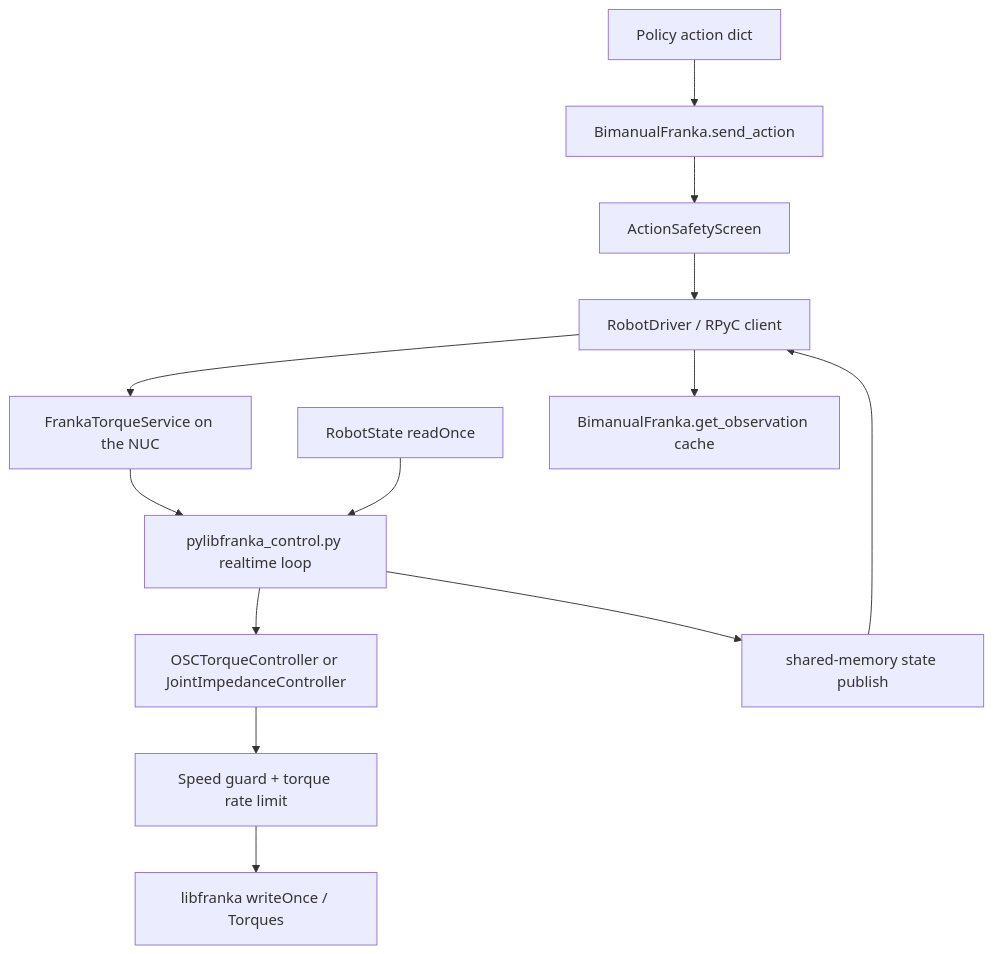
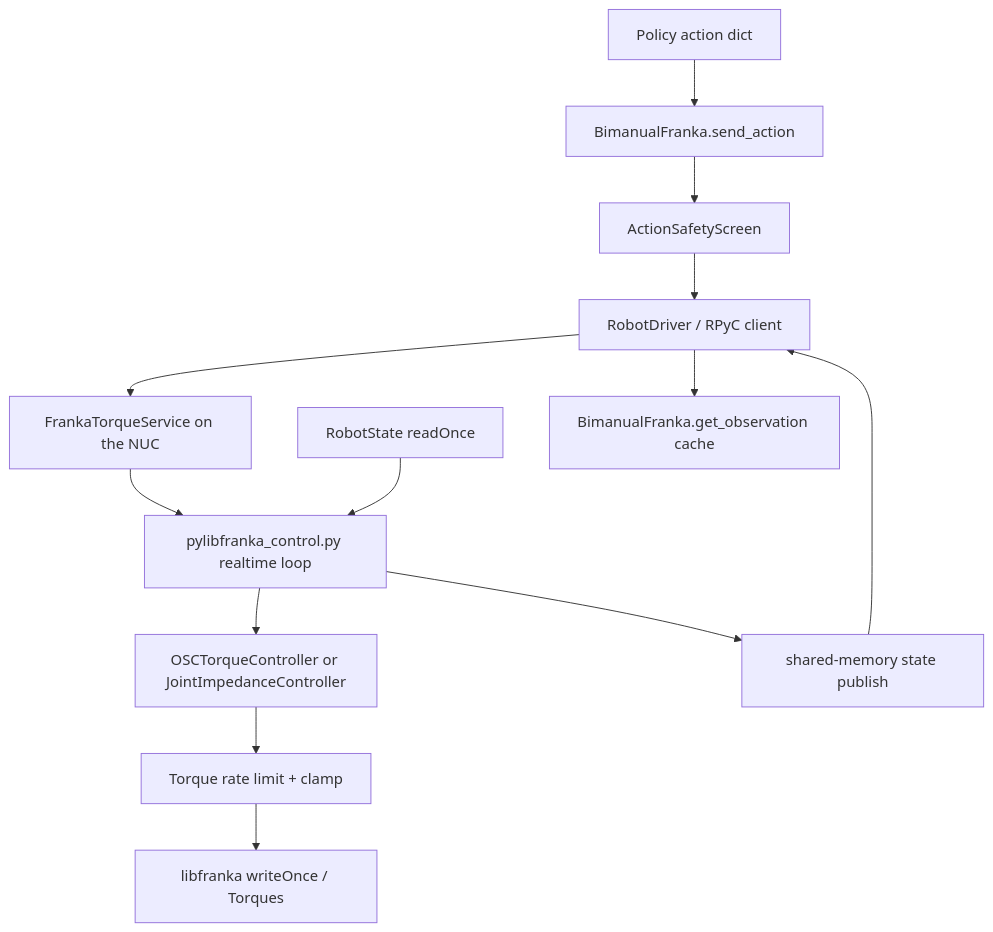
The diagram in OSC_TORQUE_STACK.md (m4ngo/franka-bimanual), drawn with Mermaid before and after one commit. The commit also changed other lines of this file and 28 other files, not shown here.

````diff
--- a/OSC_TORQUE_STACK.md
+++ b/OSC_TORQUE_STACK.md
@@ -9,16 +9,16 @@
 ```mermaid
 flowchart TD
     A["Policy action dict"] --> B["BimanualFranka.send_action"]
     B --> C["ActionSafetyScreen"]
     C --> D["RobotDriver / RPyC client"]
     D --> E["FrankaTorqueService on the NUC"]
     E --> F["pylibfranka_control.py realtime loop"]
     F --> G["OSCTorqueController or JointImpedanceController"]
-    G --> H["Speed guard + torque rate limit"]
+    G --> H["Torque rate limit + clamp"]
     H --> I["libfranka writeOnce / Torques"]
 
     J["RobotState readOnce"] --> F
     F --> K["shared-memory state publish"]
     K --> D
     D --> L["BimanualFranka.get_observation cache"]
 ```
````
